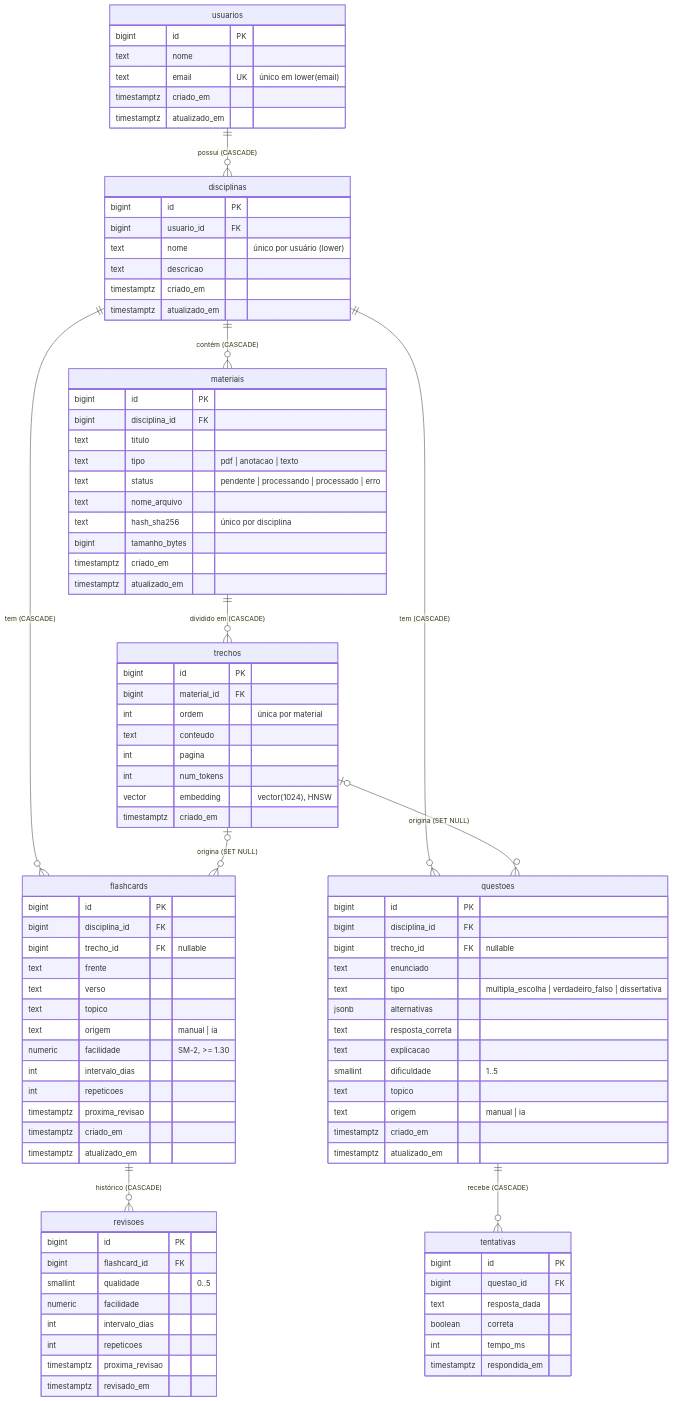
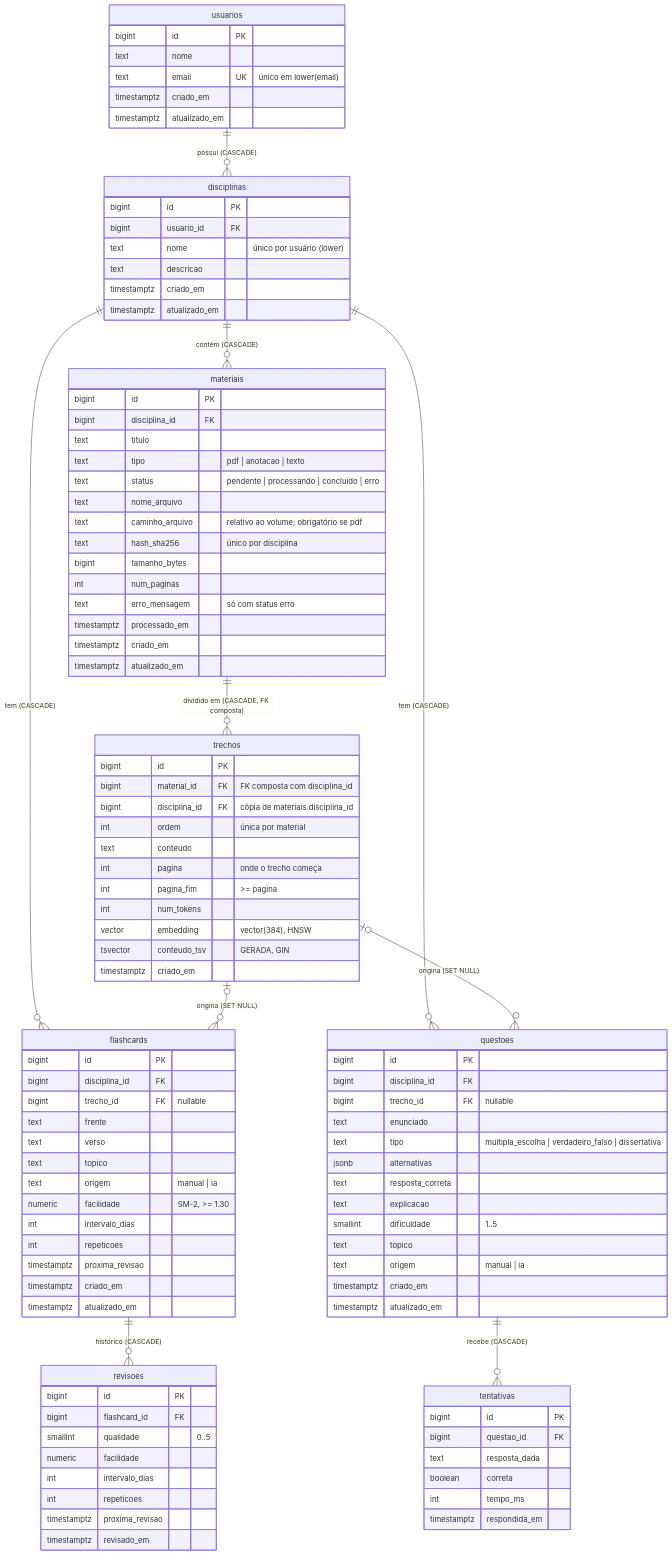
Before and after one commit to bergols/estuda-ai: the diagram in docs/modelagem.md, drawn with Mermaid. The commit also changed other lines of this file and 1 other file, not shown here.

```diff
--- a/docs/modelagem.md
+++ b/docs/modelagem.md
@@ -15,7 +28,7 @@
 erDiagram
     usuarios ||--o{ disciplinas : "possui (CASCADE)"
     disciplinas ||--o{ materiais : "contém (CASCADE)"
-    materiais ||--o{ trechos : "dividido em (CASCADE)"
+    materiais ||--o{ trechos : "dividido em (CASCADE, FK composta)"
     disciplinas ||--o{ flashcards : "tem (CASCADE)"
     disciplinas ||--o{ questoes : "tem (CASCADE)"
     trechos |o--o{ flashcards : "origina (SET NULL)"
@@ -43,21 +56,28 @@
         bigint disciplina_id FK
         text titulo
         text tipo "pdf | anotacao | texto"
-        text status "pendente | processando | processado | erro"
+        text status "pendente | processando | concluido | erro"
         text nome_arquivo
+        text caminho_arquivo "relativo ao volume; obrigatório se pdf"
         text hash_sha256 "único por disciplina"
         bigint tamanho_bytes
+        int num_paginas
+        text erro_mensagem "só com status erro"
+        timestamptz processado_em
         timestamptz criado_em
         timestamptz atualizado_em
     }
     trechos {
         bigint id PK
-        bigint material_id FK
+        bigint material_id FK "FK composta com disciplina_id"
+        bigint disciplina_id FK "cópia de materiais.disciplina_id"
         int ordem "única por material"
         text conteudo
-        int pagina
+        int pagina "onde o trecho começa"
+        int pagina_fim ">= pagina"
         int num_tokens
-        vector embedding "vector(1024), HNSW"
+        vector embedding "vector(384), HNSW"
+        tsvector conteudo_tsv "GERADA, GIN"
         timestamptz criado_em
     }
     flashcards {
```
